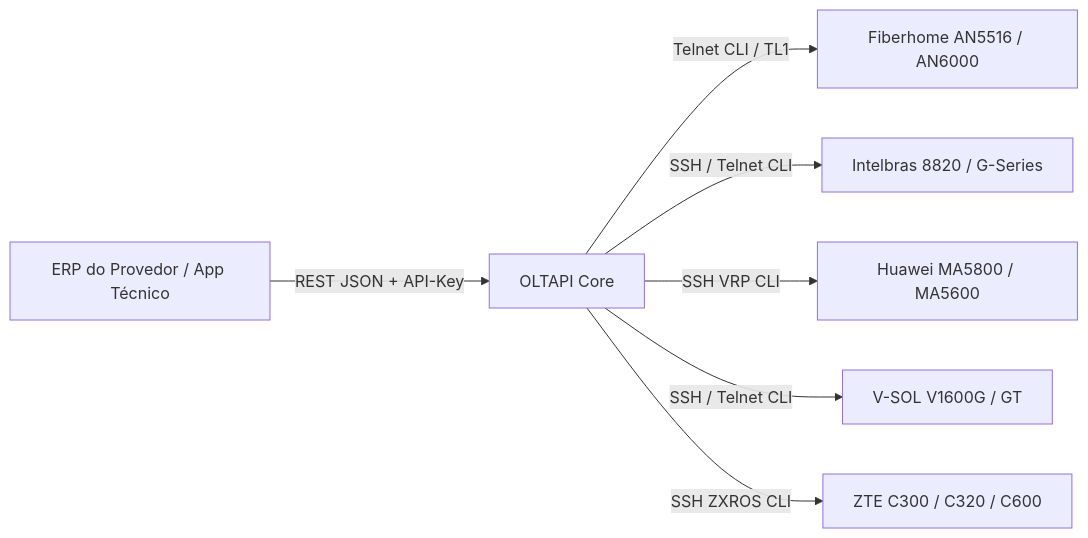
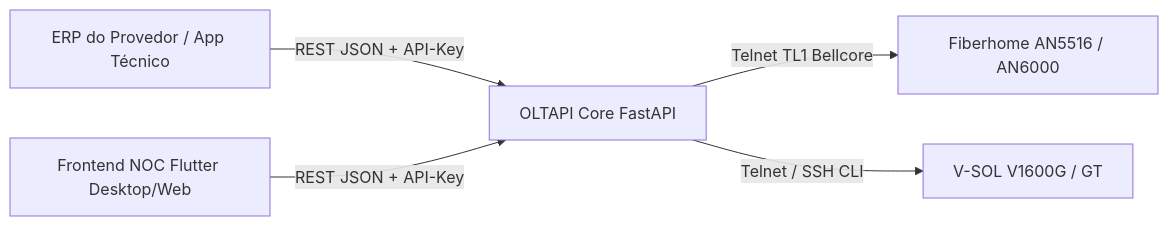
The diagram in docs/index.md (RuyXingubit/oltapi), drawn with Mermaid before and after one commit. The commit also changed other lines of this file and 193 other files, not shown here.

First line of the commit message:
feat(frontend): implement NOC Flutter dashboard, driver compliance & update docs

````diff
--- a/docs/index.md
+++ b/docs/index.md
@@ -13,9 +13,7 @@
 ```mermaid
 graph LR
-    ERP[ERP do Provedor / App Técnico] -->|REST JSON + API-Key| API[OLTAPI Core]
-    API -->|Telnet CLI / TL1| FH[Fiberhome AN5516 / AN6000]
-    API -->|SSH / Telnet CLI| ITB[Intelbras 8820 / G-Series]
-    API -->|SSH VRP CLI| HW[Huawei MA5800 / MA5600]
-    API -->|SSH / Telnet CLI| VS[V-SOL V1600G / GT]
-    API -->|SSH ZXROS CLI| ZTE[ZTE C300 / C320 / C600]
+    ERP[ERP do Provedor / App Técnico] -->|REST JSON + API-Key| API[OLTAPI Core FastAPI]
+    NOC[Frontend NOC Flutter Desktop/Web] -->|REST JSON + API-Key| API
+    API -->|Telnet TL1 Bellcore| FH[Fiberhome AN5516 / AN6000]
+    API -->|Telnet / SSH CLI| VS[V-SOL V1600G / GT]
 ```
````
